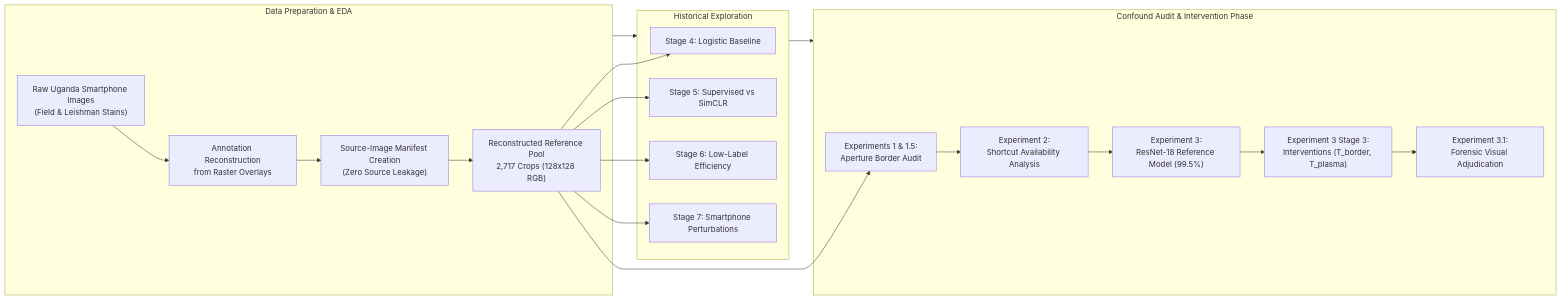
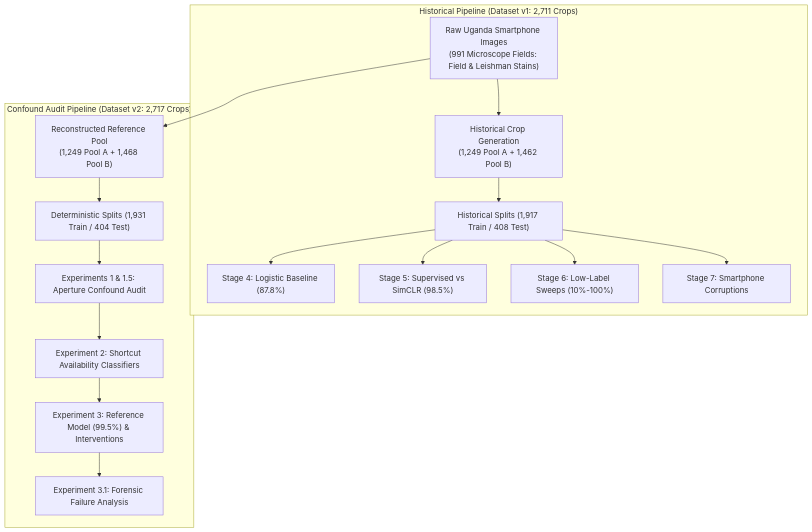
One commit to Shubhdeepdsa/sickel_cell_ssl changed the third of 3 diagrams in README.md. Above: the diagram before and after it, drawn with Mermaid. The commit also changed other lines of this file and 4 other files, not shown here.

Commit message:
docs(audit): overhaul README to address peer review, fix dataset versioning and links

````diff
--- a/README.md
+++ b/README.md
@@ -83,26 +158,22 @@
 ```mermaid
-flowchart LR
-    subgraph DataPrep ["Data Preparation & EDA"]
-        D1["Raw Uganda Smartphone Images<br/>(Field & Leishman Stains)"] --> D2["Annotation Reconstruction<br/>from Raster Overlays"]
-        D2 --> D3["Source-Image Manifest Creation<br/>(Zero Source Leakage)"]
-        D3 --> D4["Reconstructed Reference Pool<br/>2,717 Crops (128x128 RGB)"]
+flowchart TD
+    RawData["Raw Uganda Smartphone Images<br/>(991 Microscope Fields: Field & Leishman Stains)"]
+
+    subgraph BranchV1 ["Historical Pipeline (Dataset v1: 2,711 Crops)"]
+        RawData --> V1Crops["Historical Crop Generation<br/>(1,249 Pool A + 1,462 Pool B)"]
+        V1Crops --> V1Split["Historical Splits (1,917 Train / 408 Test)"]
+        V1Split --> S4["Stage 4: Logistic Baseline (87.8%)"]
+        V1Split --> S5["Stage 5: Supervised vs SimCLR (98.5%)"]
+        V1Split --> S6["Stage 6: Low-Label Sweeps (10%-100%)"]
+        V1Split --> S7["Stage 7: Smartphone Corruptions"]
     end
 
-    subgraph HistoricalExp ["Historical Exploration"]
-        D4 --> H1["Stage 4: Logistic Baseline"]
-        D4 --> H2["Stage 5: Supervised vs SimCLR"]
-        D4 --> H3["Stage 6: Low-Label Efficiency"]
-        D4 --> H4["Stage 7: Smartphone Perturbations"]
+    subgraph BranchV2 ["Confound Audit Pipeline (Dataset v2: 2,717 Crops)"]
+        RawData --> V2Crops["Reconstructed Reference Pool<br/>(1,249 Pool A + 1,468 Pool B)"]
+        V2Crops --> V2Split["Deterministic Splits (1,931 Train / 404 Test)"]
+        V2Split --> E1["Experiments 1 & 1.5: Aperture Confound Audit"]
+        E1 --> E2["Experiment 2: Shortcut Availability Classifiers"]
+        E2 --> E3["Experiment 3: Reference Model (99.5%) & Interventions"]
+        E3 --> E31["Experiment 3.1: Forensic Failure Analysis"]
     end
-
-    subgraph AuditPhase ["Confound Audit & Intervention Phase"]
-        D4 --> A1["Experiments 1 & 1.5:<br/>Aperture Border Audit"]
-        A1 --> A2["Experiment 2:<br/>Shortcut Availability Analysis"]
-        A2 --> A3["Experiment 3:<br/>ResNet-18 Reference Model (99.5%)"]
-        A3 --> A4["Experiment 3 Stage 3:<br/>Interventions (T_border, T_plasma)"]
-        A4 --> A5["Experiment 3.1:<br/>Forensic Visual Adjudication"]
-    end
-
-    DataPrep --> HistoricalExp
-    HistoricalExp --> AuditPhase
 ```
````
